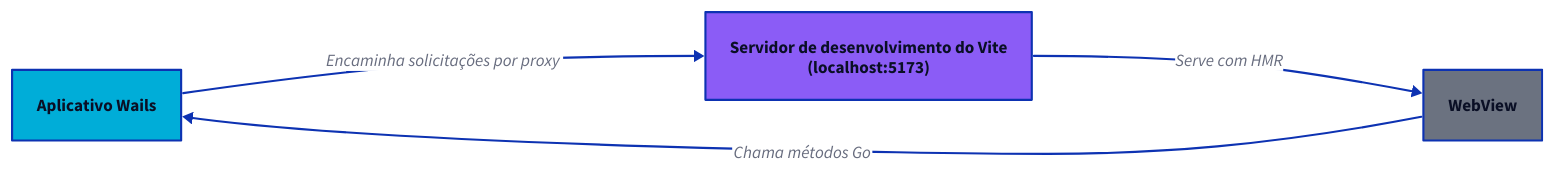
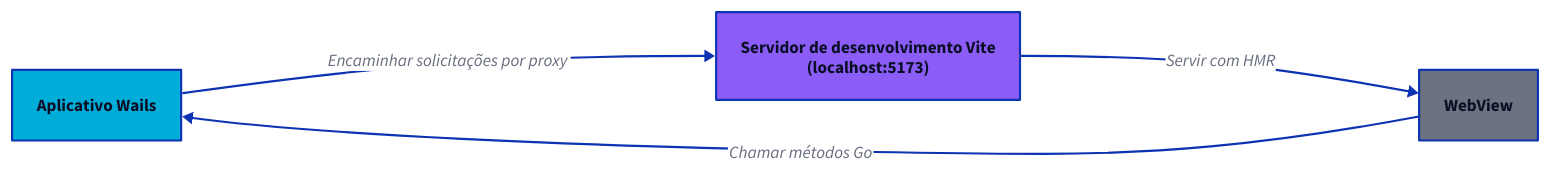
The sixth of 8 diagrams in docs/mpress/content/pt/concepts/architecture.md (wailsapp/wails), drawn with D2 before and after one commit. The commit also changed other lines of this file and 1096 other files, not shown here.

````diff
--- a/docs/mpress/content/pt/concepts/architecture.md
+++ b/docs/mpress/content/pt/concepts/architecture.md
@@ -449,22 +449,22 @@
 ```d2
 direction: right
 
 WailsApp: Aplicativo Wails {
   shape: rectangle
   style.fill: "#00ADD8"
 }
 
-DevServer: "Servidor de desenvolvimento do Vite\n(localhost:5173)" {
+DevServer: "Servidor de desenvolvimento Vite\n(localhost:5173)" {
   shape: rectangle
   style.fill: "#8B5CF6"
 }
 
 WebView: WebView {
   shape: rectangle
   style.fill: "#6B7280"
 }
 
-WailsApp -> DevServer: Encaminha solicitações por proxy
-DevServer -> WebView: Serve com HMR
-WebView -> WailsApp: Chama métodos Go
+WailsApp -> DevServer: Encaminhar solicitações por proxy
+DevServer -> WebView: Servir com HMR
+WebView -> WailsApp: Chamar métodos Go
 ```
````
